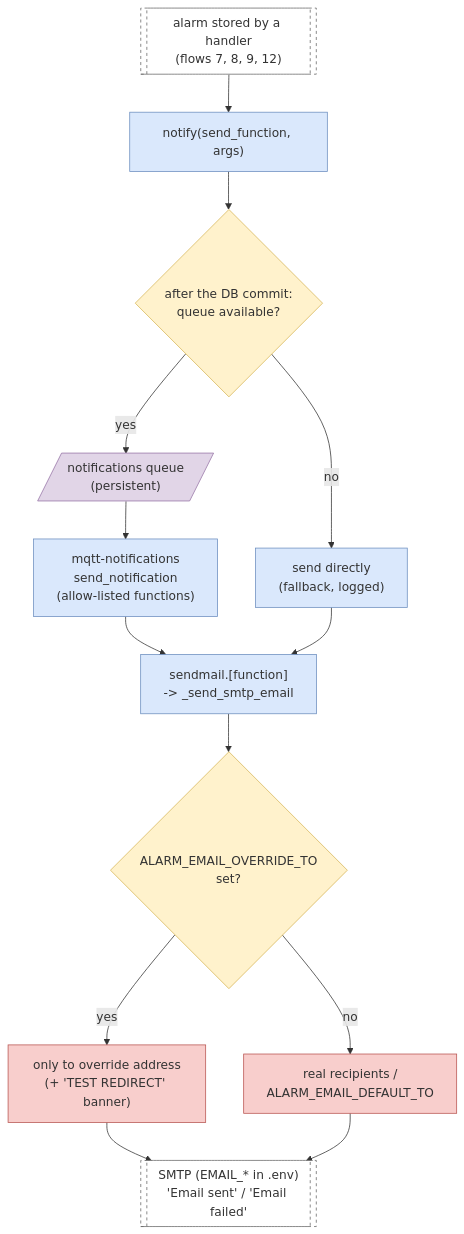
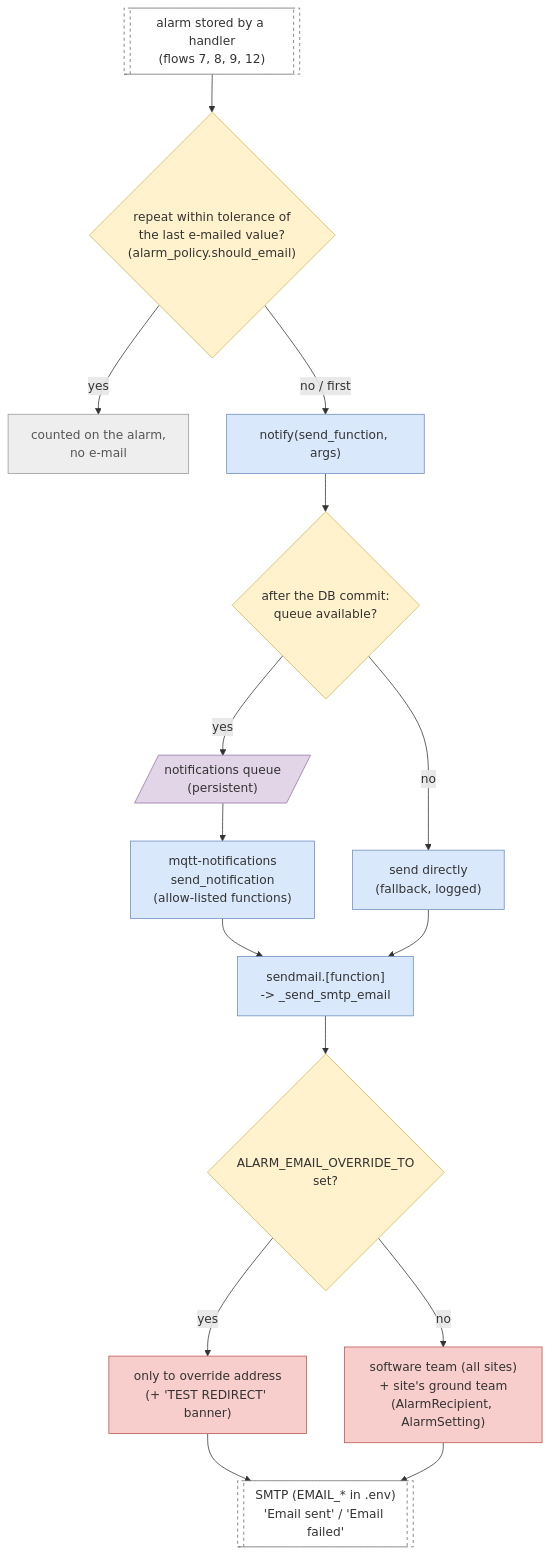
Before and after one commit to ashutoshdubey-aviconn/AVC-backend: the tenth of 22 diagrams in docs/mqtt-flows/README.md, drawn with Mermaid. The commit also changed other lines of this file and 21 other files, not shown here.

````diff
--- a/docs/mqtt-flows/README.md
+++ b/docs/mqtt-flows/README.md
@@ -786,36 +786,42 @@
 ```mermaid
 flowchart TD
     alarm[["alarm stored by a handler<br/>(flows 7, 8, 9, 12)"]]
+    rep{"repeat within tolerance of<br/>the last e-mailed value?<br/>(alarm_policy.should_email)"}
+    quiet["counted on the alarm,<br/>no e-mail"]
     notify["notify(send_function, args)"]
     commit{"after the DB commit:<br/>queue available?"}
     q[/"notifications queue<br/>(persistent)"/]
     direct["send directly<br/>(fallback, logged)"]
     worker["mqtt-notifications<br/>send_notification<br/>(allow-listed functions)"]
     send["sendmail.[function]<br/>-> _send_smtp_email"]
     over{"ALARM_EMAIL_OVERRIDE_TO<br/>set?"}
     test["only to override address<br/>(+ 'TEST REDIRECT' banner)"]
-    real["real recipients /<br/>ALARM_EMAIL_DEFAULT_TO"]
+    real["software team (all sites)<br/>+ site's ground team<br/>(AlarmRecipient, AlarmSetting)"]
     smtp[["SMTP (EMAIL_* in .env)<br/>'Email sent' / 'Email failed'"]]
-    alarm --> notify
+    alarm --> rep
+    rep -->|"yes"| quiet
+    rep -->|"no / first"| notify
     notify --> commit
     commit -->|"yes"| q
     commit -->|"no"| direct
     q --> worker
     worker --> send
     direct --> send
     send --> over
     over -->|"yes"| test
     over -->|"no"| real
     test --> smtp
     real --> smtp
     classDef decision fill:#fff2cc,stroke:#d6b656
-    class commit,over decision
+    class rep,commit,over decision
     classDef queue fill:#e1d5e7,stroke:#9673a6
     class q queue
     classDef alarm fill:#f8cecc,stroke:#b85450
     class test,real alarm
     classDef ext fill:#ffffff,stroke:#666,stroke-dasharray:4
     class alarm,smtp ext
+    classDef skip fill:#eee,stroke:#999,color:#555
+    class quiet skip
     classDef process fill:#dae8fc,stroke:#6c8ebf
     class notify,direct,worker,send process
 ```
````
